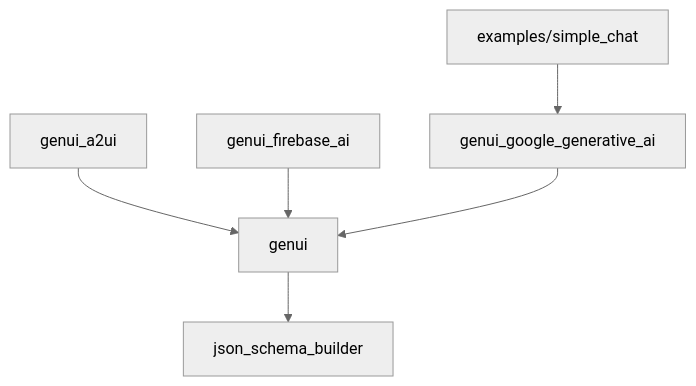
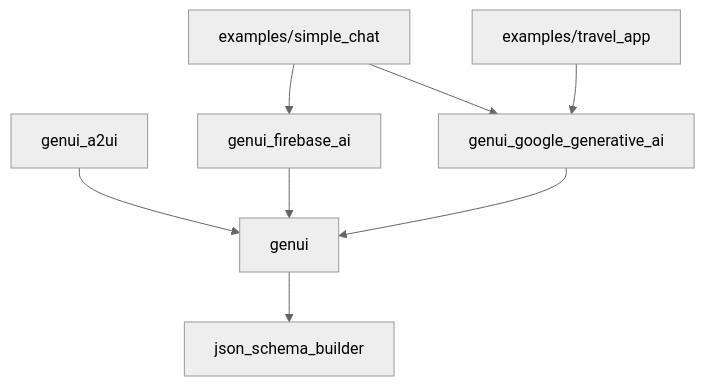
The diagram in README.md (flutter/genui), drawn with Mermaid (neutral theme) before and after one commit. The commit also changed 5 other files, not shown here.

````diff
--- a/README.md
+++ b/README.md
@@ -97,8 +97,10 @@
 ```mermaid
 graph TD
   examples/simple_chat --> genui_google_generative_ai
+  examples/simple_chat --> genui_firebase_ai
+  examples/travel_app --> genui_google_generative_ai
   genui --> json_schema_builder
   genui_a2ui --> genui
   genui_firebase_ai --> genui
   genui_google_generative_ai --> genui
 ```
````
